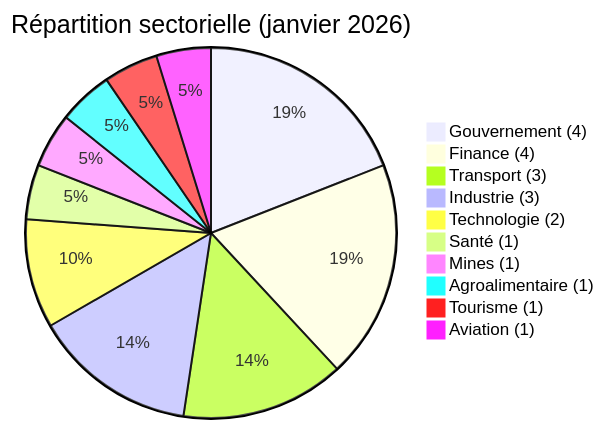
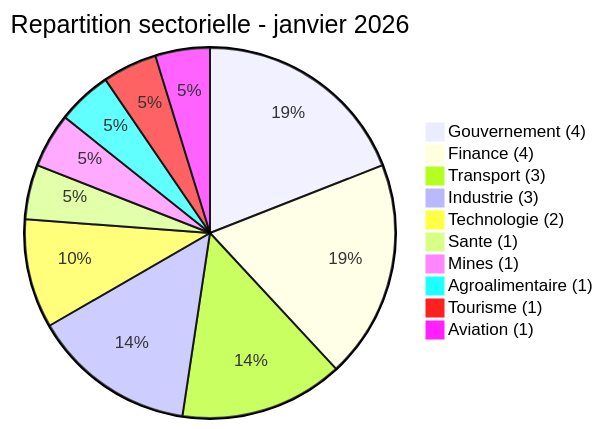
The fourth of 4 diagrams in CyberAttackAfrica/2026/01-january/README_FR.md (Hatchepsoute/AFRINTEL), drawn with Mermaid before and after one commit. The commit also changed other lines of this file and 31 other files, not shown here.

````diff
--- a/CyberAttackAfrica/2026/01-january/README_FR.md
+++ b/CyberAttackAfrica/2026/01-january/README_FR.md
@@ -255,14 +190,14 @@
 ```mermaid
 pie
- title Répartition sectorielle (janvier 2026)
+ title Repartition sectorielle - janvier 2026
  "Gouvernement (4)" : 4
  "Finance (4)" : 4
  "Transport (3)" : 3
  "Industrie (3)" : 3
  "Technologie (2)" : 2
- "Santé (1)" : 1
+ "Sante (1)" : 1
  "Mines (1)" : 1
  "Agroalimentaire (1)" : 1
  "Tourisme (1)" : 1
  "Aviation (1)" : 1
 ```
````
